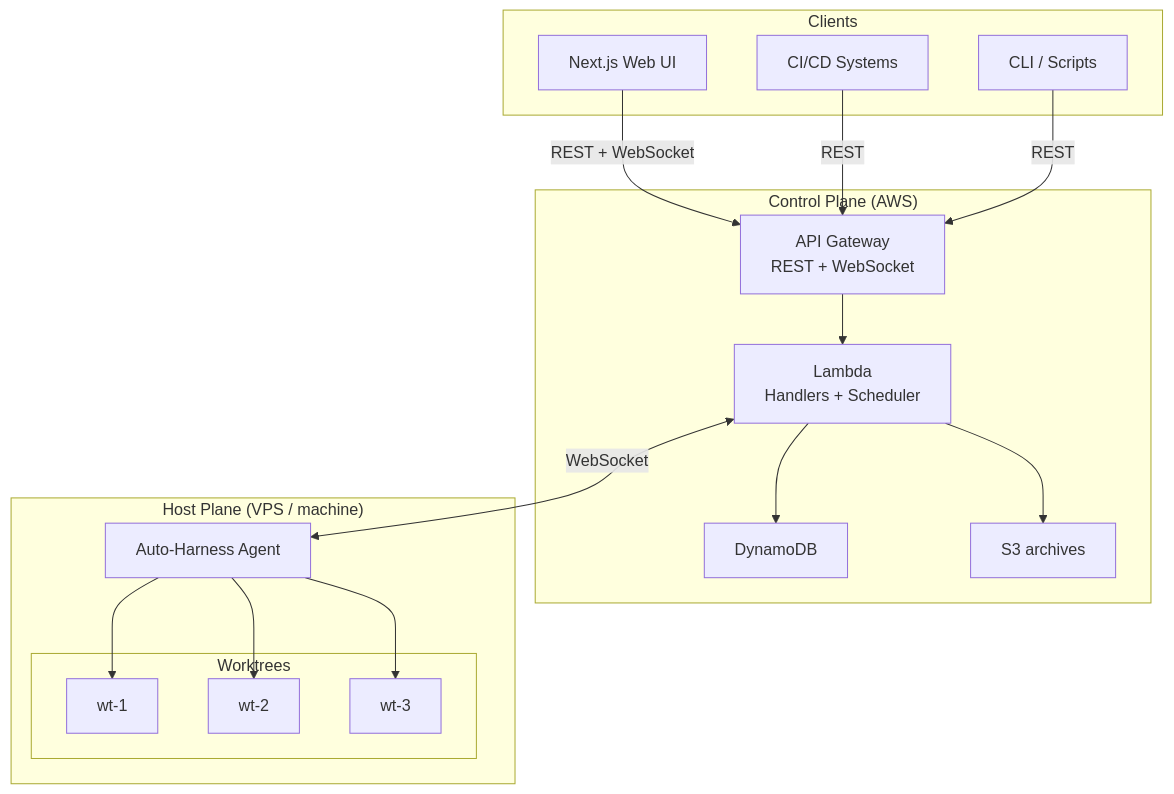
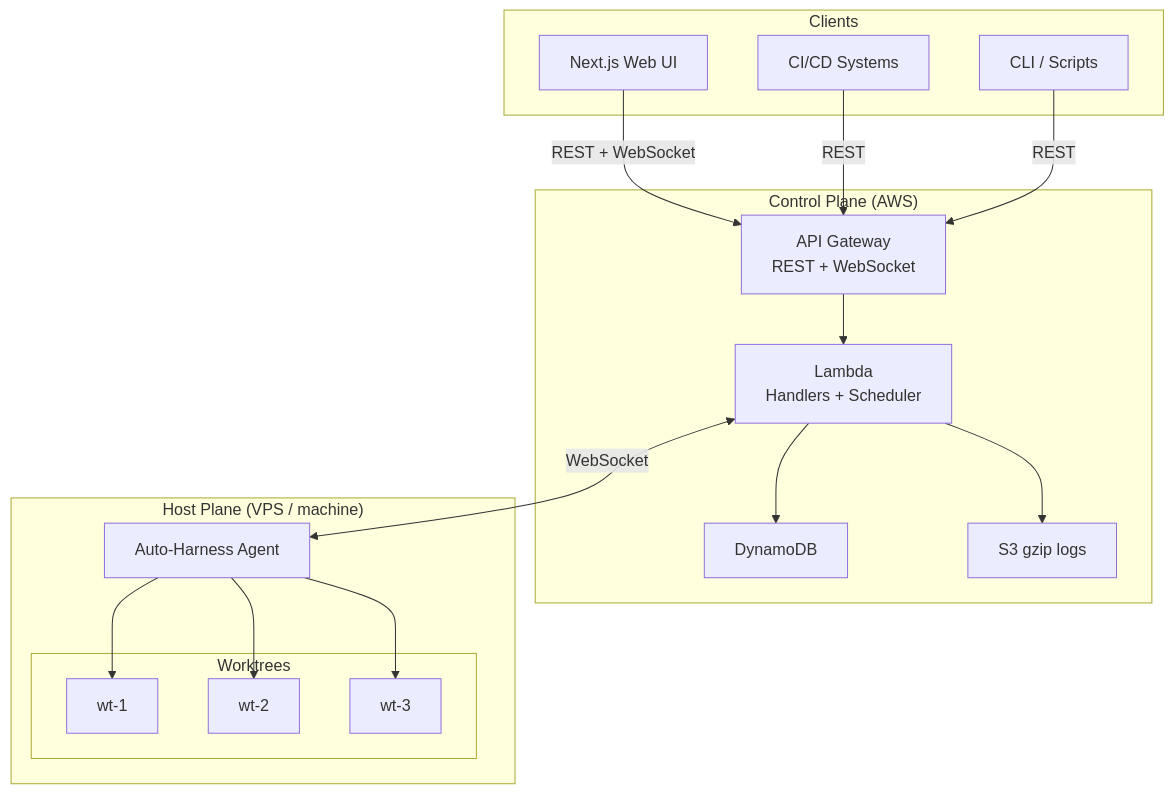
The first of 2 diagrams in docs/architecture/README.md (jonathanong/auto-harness), drawn with Mermaid before and after one commit. The commit also changed other lines of this file and 11 other files, not shown here.

First line of the commit message:
docs: align plan with S3 gzip session logs

````diff
--- a/docs/architecture/README.md
+++ b/docs/architecture/README.md
@@ -34,35 +34,35 @@
 ```mermaid
 graph TB
     subgraph "Control Plane (AWS)"
         APIGW["API Gateway<br/>REST + WebSocket"]
         Lambda["Lambda<br/>Handlers + Scheduler"]
         DDB["DynamoDB"]
-        S3["S3 archives"]
+        S3["S3 gzip logs"]
     end
 
     subgraph "Clients"
         WebUI["Next.js Web UI"]
         CI["CI/CD Systems"]
         CLI["CLI / Scripts"]
     end
 
     subgraph "Host Plane (VPS / machine)"
         Agent["Auto-Harness Agent"]
         subgraph "Worktrees"
             WT1["wt-1"]
             WT2["wt-2"]
             WT3["wt-3"]
         end
     end
 
     WebUI -->|REST + WebSocket| APIGW
     CI -->|REST| APIGW
     CLI -->|REST| APIGW
     APIGW --> Lambda
     Lambda --> DDB
     Lambda --> S3
     Lambda <-->|WebSocket| Agent
     Agent --> WT1
     Agent --> WT2
     Agent --> WT3
 ```
````
